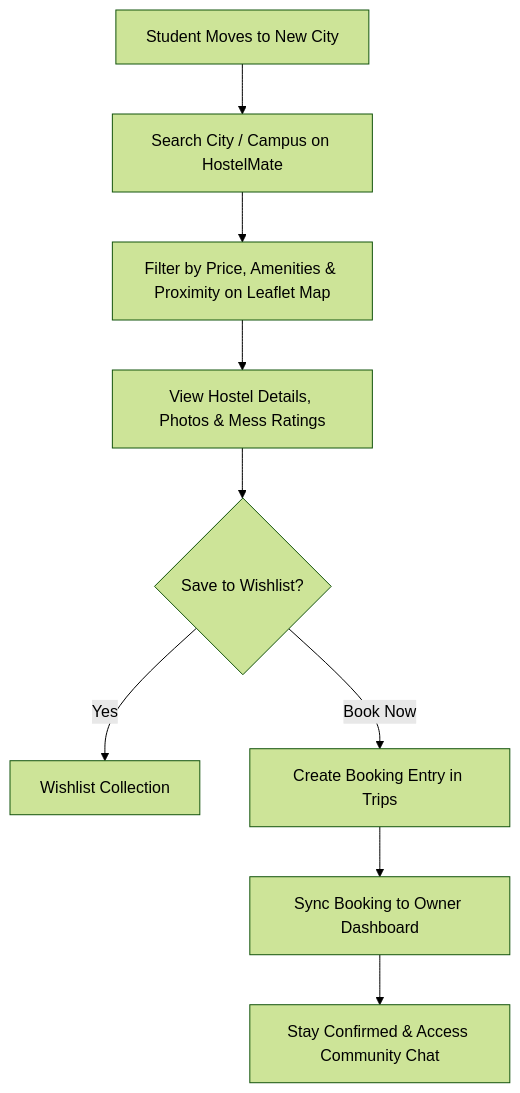
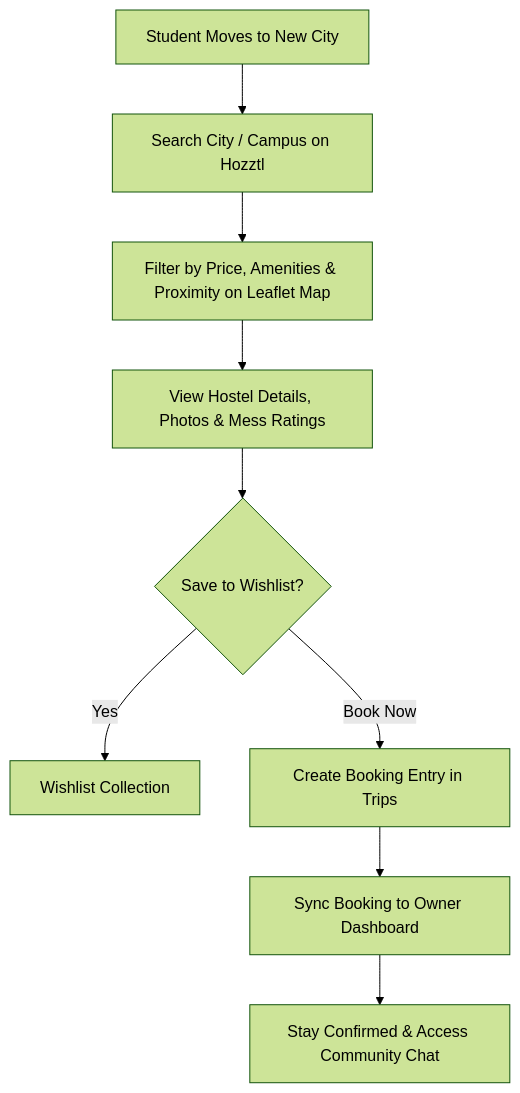
The first of 3 diagrams in README.md (axhayco/HostelMate), drawn with Mermaid (forest theme) before and after one commit. The commit also changed other lines of this file and 12 other files, not shown here.

Commit message:
feat(branding): rebrand application identity from HostelMate to Hozztl

````diff
--- a/README.md
+++ b/README.md
@@ -89,11 +89,11 @@
 ```mermaid
 flowchart TD
-    StudentArrival["Student Moves to New City"] --> Search["Search City / Campus on HostelMate"]
+    StudentArrival["Student Moves to New City"] --> Search["Search City / Campus on Hozztl"]
     Search --> MapFilter["Filter by Price, Amenities & Proximity on Leaflet Map"]
     MapFilter --> Inspect["View Hostel Details, Photos & Mess Ratings"]
     Inspect --> Wishlist{"Save to Wishlist?"}
     Wishlist -->|Yes| WishlistPage["Wishlist Collection"]
     Wishlist -->|Book Now| BookTrip["Create Booking Entry in Trips"]
     BookTrip --> OwnerSync["Sync Booking to Owner Dashboard"]
     OwnerSync --> Confirmed["Stay Confirmed & Access Community Chat"]
 ```
````
